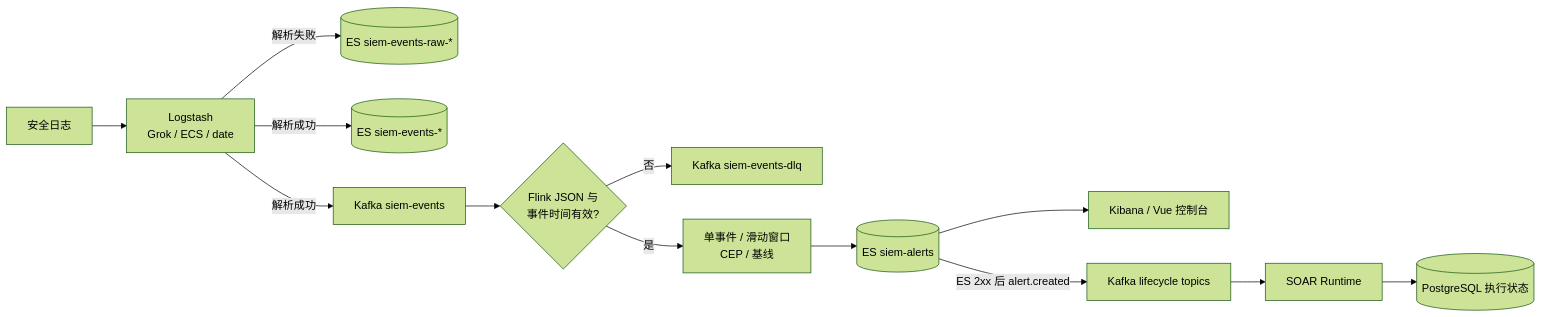
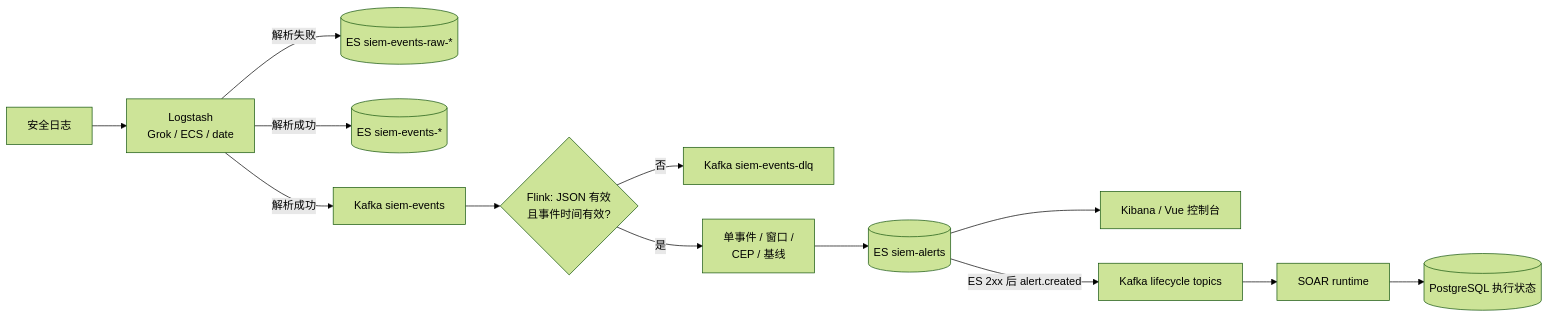
The diagram in README.md (xsc683/HISIEM), drawn with Mermaid (forest theme) before and after one commit. The commit also changed other lines of this file and 1 other file, not shown here.

````diff
--- a/README.md
+++ b/README.md
@@ -11,15 +120,15 @@
 ```mermaid
 flowchart LR
     LOG["安全日志"] --> LS["Logstash<br/>Grok / ECS / date"]
     LS -->|"解析失败"| RAW[("ES siem-events-raw-*")]
     LS -->|"解析成功"| EVENTS[("ES siem-events-*")]
     LS -->|"解析成功"| KAFKA["Kafka siem-events"]
-    KAFKA --> FP{"Flink JSON 与<br/>事件时间有效?"}
+    KAFKA --> FP{"Flink: JSON 有效<br/>且事件时间有效?"}
     FP -->|"否"| DLQ["Kafka siem-events-dlq"]
-    FP -->|"是"| RULES["单事件 / 滑动窗口<br/>CEP / 基线"]
+    FP -->|"是"| RULES["单事件 / 窗口 /<br/>CEP / 基线"]
     RULES --> ALERTS[("ES siem-alerts")]
-    ALERTS --> KIBANA["Kibana / Vue 控制台"]
+    ALERTS --> CONSOLE["Kibana / Vue 控制台"]
     ALERTS -->|"ES 2xx 后 alert.created"| LIFE["Kafka lifecycle topics"]
-    LIFE --> SOAR["SOAR Runtime"]
+    LIFE --> SOAR["SOAR runtime"]
     SOAR --> PG[("PostgreSQL 执行状态")]
 ```
````
